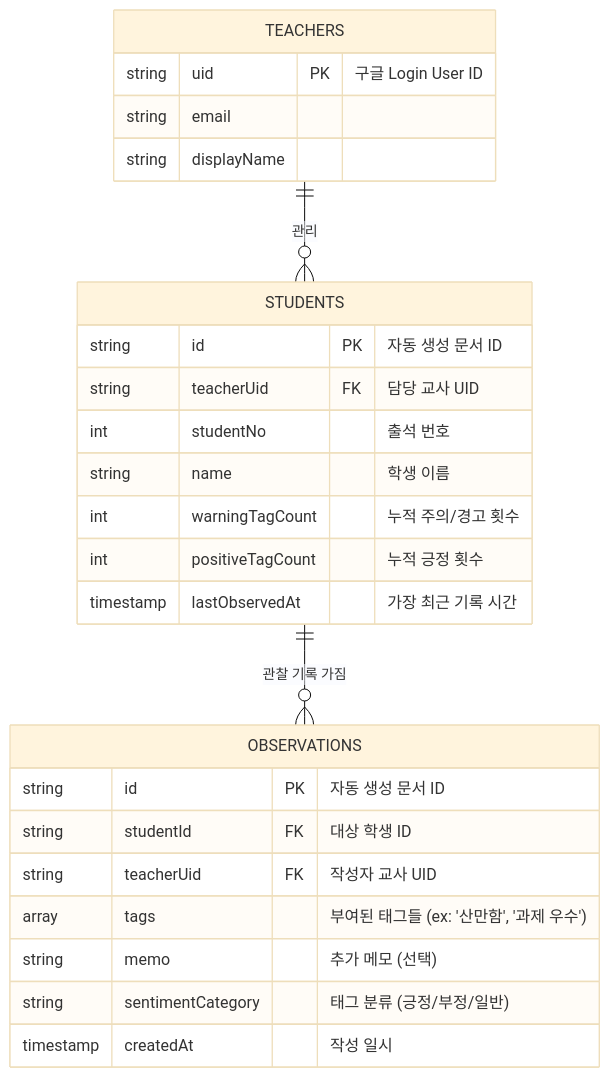
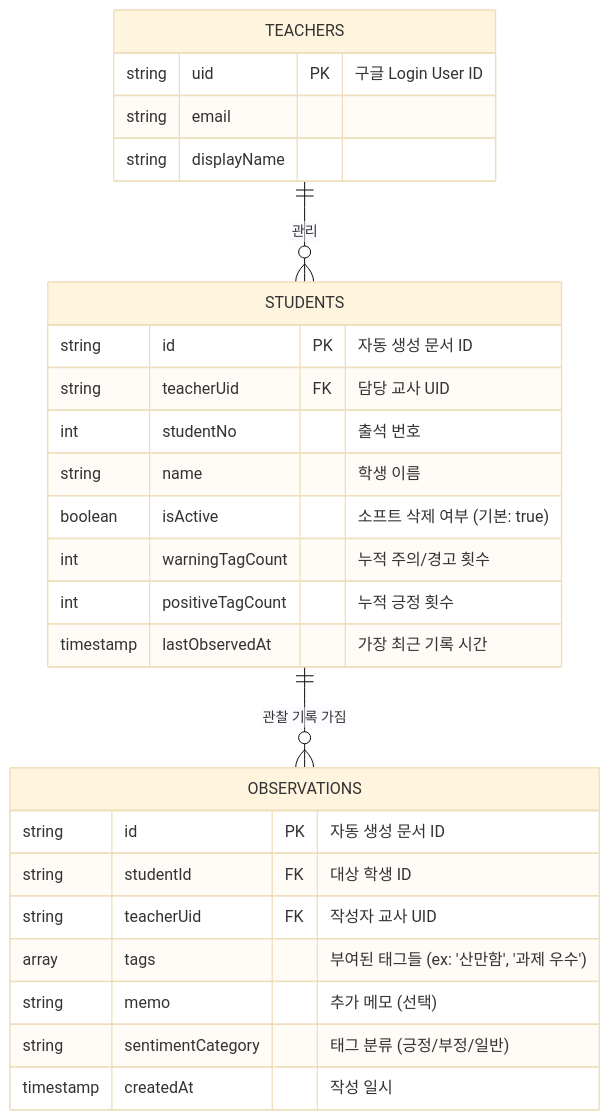
One commit to teaju00/TeacherClassLog changed the third of 3 diagrams in 소프트웨어_아키텍처.md. Above: the diagram before and after it, drawn with Mermaid (base theme). The commit also changed 2 other files, not shown here.

Commit message:
통계 조회 업데이트, 명단 추가 편리화

````diff
--- a/소프트웨어_아키텍처.md
+++ b/소프트웨어_아키텍처.md
@@ -128,33 +128,36 @@
 ```mermaid
 erDiagram
     TEACHERS ||--o{ STUDENTS : "관리"
     STUDENTS ||--o{ OBSERVATIONS : "관찰 기록 가짐"
 
     TEACHERS {
         string uid PK "구글 Login User ID"
         string email
         string displayName
     }
 
     STUDENTS {
         string id PK "자동 생성 문서 ID"
         string teacherUid FK "담당 교사 UID"
         int studentNo "출석 번호"
         string name "학생 이름"
         
+        %% 관리 정책 (Phase 5)
+        boolean isActive "소프트 삭제 여부 (기본: true)"
+        
         %% 역정규화 (Denormalized) 필드
         int warningTagCount "누적 주의/경고 횟수"
         int positiveTagCount "누적 긍정 횟수"
         timestamp lastObservedAt "가장 최근 기록 시간"
     }
 
     OBSERVATIONS {
         string id PK "자동 생성 문서 ID"
         string studentId FK "대상 학생 ID"
         string teacherUid FK "작성자 교사 UID"
         array tags "부여된 태그들 (ex: '산만함', '과제 우수')"
         string memo "추가 메모 (선택)"
         string sentimentCategory "태그 분류 (긍정/부정/일반)"
         timestamp createdAt "작성 일시"
     }
 ```
````
